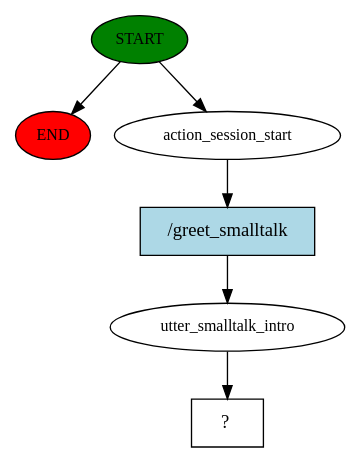
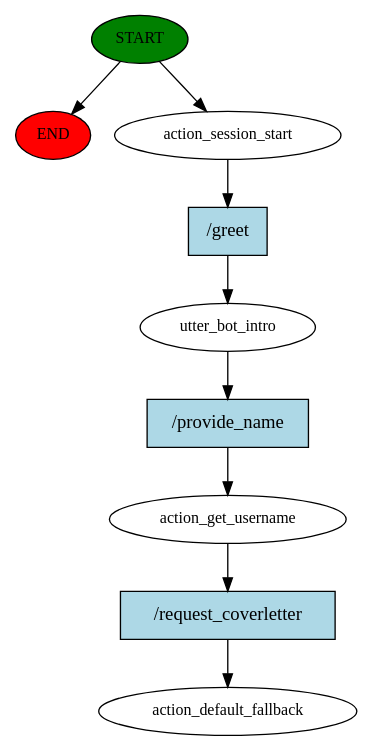
One commit to lkimhui/PLP_Project changed the diagram in chatbot/story_graph.dot. Above: the diagram before and after it, drawn with Graphviz. The commit also changed 180 other files, not shown here.

```diff
--- a/chatbot/story_graph.dot
+++ b/chatbot/story_graph.dot
@@ -1,13 +1,19 @@
 digraph  {
 0 [class="start active", fillcolor=green, fontsize=12, label=START, style=filled];
 "-1" [class=end, fillcolor=red, fontsize=12, label=END, style=filled];
 1 [class=active, fontsize=12, label=action_session_start];
-2 [class=active, fontsize=12, label=utter_smalltalk_intro];
-3 [class="intent dashed active", label="  ?  ", shape=rect];
-4 [class="intent active", fillcolor=lightblue, label="/greet_smalltalk", shape=rect, style=filled];
+2 [class=active, fontsize=12, label=utter_bot_intro];
+3 [class=active, fontsize=12, label=action_get_username];
+4 [class="dashed active", fontsize=12, label=action_default_fallback];
+5 [class="intent active", fillcolor=lightblue, label="/greet", shape=rect, style=filled];
+6 [class="intent active", fillcolor=lightblue, label="/provide_name", shape=rect, style=filled];
+7 [class="intent active", fillcolor=lightblue, label="/request_coverletter", shape=rect, style=filled];
 0 -> "-1"  [class="", key=NONE, label=""];
 0 -> 1  [class=active, key=NONE, label=""];
-1 -> 4  [class=active, key=0];
-2 -> 3  [class=active, key=NONE, label=""];
-4 -> 2  [class=active, key=0];
+1 -> 5  [class=active, key=0];
+2 -> 6  [class=active, key=0];
+3 -> 7  [class=active, key=0];
+5 -> 2  [class=active, key=0];
+6 -> 3  [class=active, key=0];
+7 -> 4  [class=active, key=0];
 }
```
